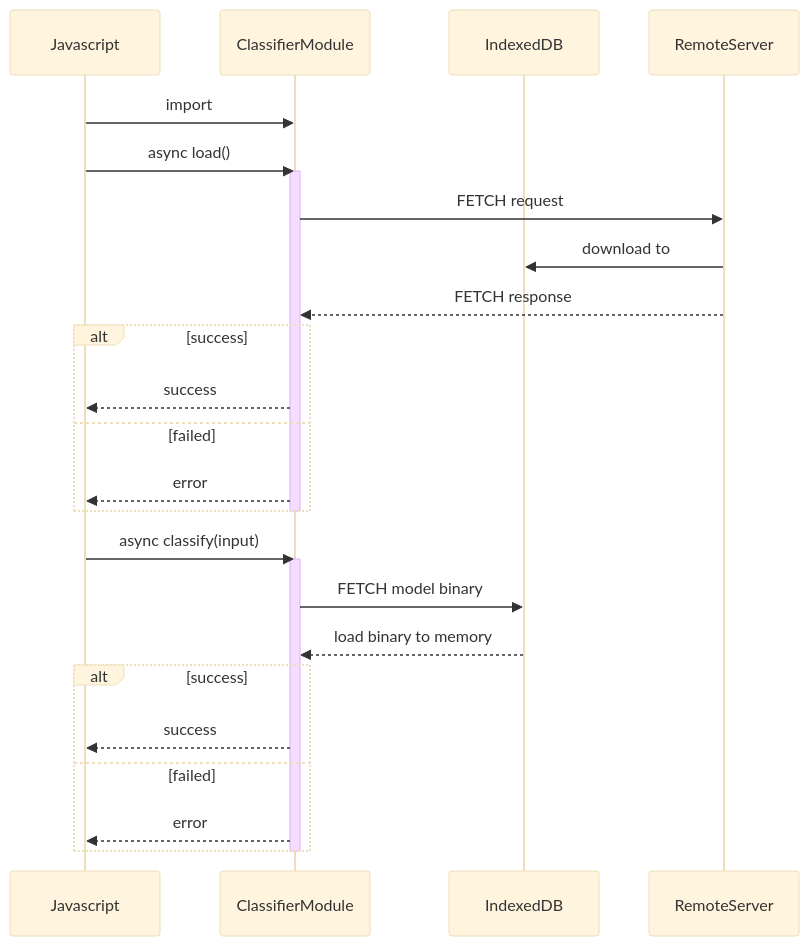
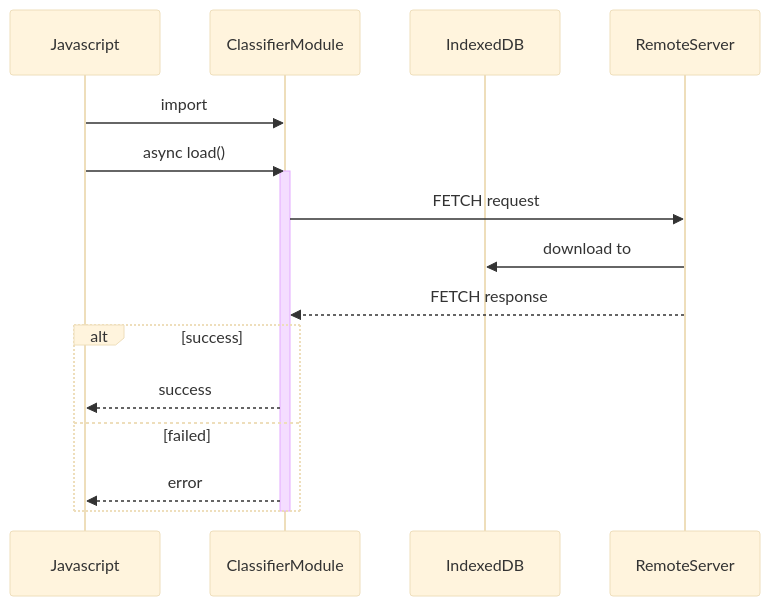
One commit to HungNgKh/zinnia-demo changed the first of 2 diagrams in README.md. Above: the diagram before and after it, drawn with Mermaid (base theme).

Commit message:
update sequences

````diff
--- a/README.md
+++ b/README.md
@@ -90,32 +91,21 @@
 ```mermaid
 sequenceDiagram;
   participant Javascript
   participant ClassifierModule
   participant IndexedDB
   participant RemoteServer
   
 
   Javascript->>ClassifierModule: import
   Javascript->>ClassifierModule: async load()
   activate ClassifierModule
   ClassifierModule->>RemoteServer: FETCH request
   RemoteServer->>IndexedDB: download to
   RemoteServer-->>ClassifierModule: FETCH response
   alt success
     ClassifierModule-->>Javascript: success
   else failed
     ClassifierModule-->>Javascript: error
   end
   deactivate ClassifierModule
-
-  Javascript->>ClassifierModule: async classify(input)
-  activate ClassifierModule
-  ClassifierModule->>IndexedDB: FETCH model binary
-  IndexedDB-->>ClassifierModule: load binary to memory
-  alt success
-    ClassifierModule-->>Javascript: success
-  else failed
-    ClassifierModule-->>Javascript: error
-  end
-  deactivate ClassifierModule
 ```
````
